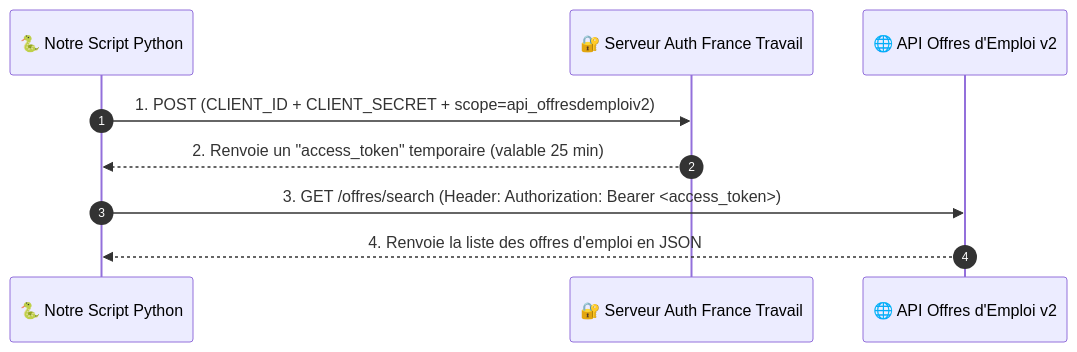
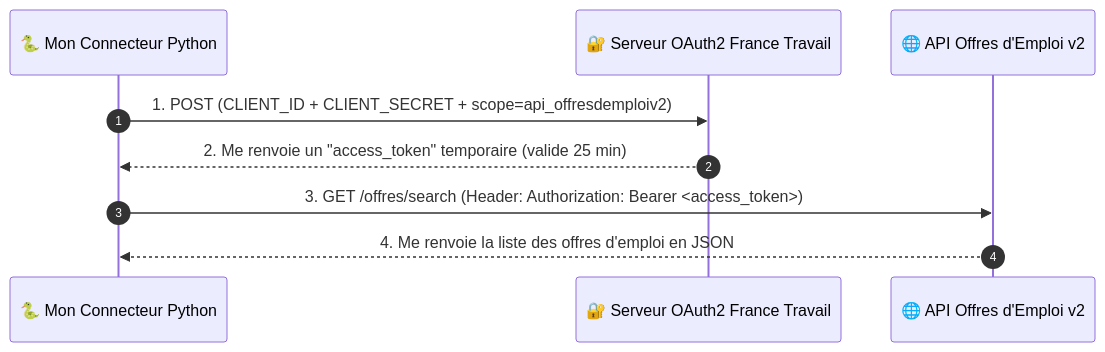
The second of 4 diagrams in docs/lakehouse/03.guide_etape_par_etape.md (Anon31/data-skills-radar-docs), drawn with Mermaid before and after one commit. The commit also changed other lines of this file and 2 other files, not shown here.

````diff
--- a/docs/lakehouse/03.guide_etape_par_etape.md
+++ b/docs/lakehouse/03.guide_etape_par_etape.md
@@ -54,12 +55,12 @@
 ```mermaid
 sequenceDiagram
     autonumber
-    participant Script as 🐍 Notre Script Python
-    participant Auth as 🔐 Serveur Auth France Travail
+    participant Script as 🐍 Mon Connecteur Python
+    participant Auth as 🔐 Serveur OAuth2 France Travail
     participant API as 🌐 API Offres d'Emploi v2
 
     Script->>Auth: 1. POST (CLIENT_ID + CLIENT_SECRET + scope=api_offresdemploiv2)
-    Auth-->>Script: 2. Renvoie un "access_token" temporaire (valable 25 min)
+    Auth-->>Script: 2. Me renvoie un "access_token" temporaire (valide 25 min)
     Script->>API: 3. GET /offres/search (Header: Authorization: Bearer <access_token>)
-    API-->>Script: 4. Renvoie la liste des offres d'emploi en JSON
+    API-->>Script: 4. Me renvoie la liste des offres d'emploi en JSON
 ```
````
